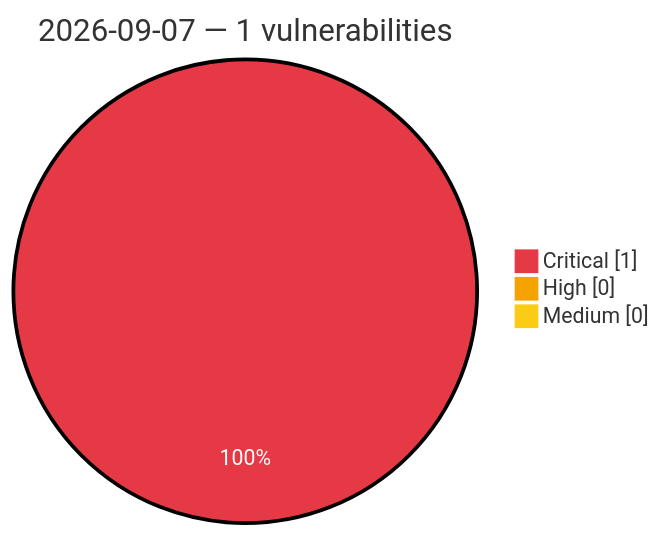
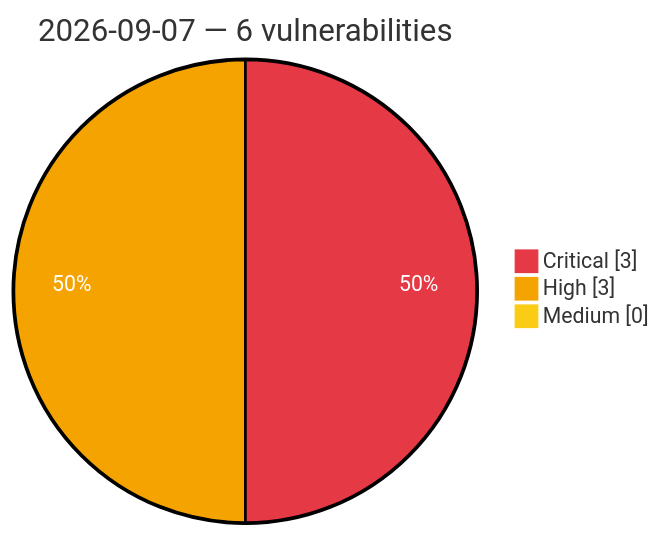
One commit to GhostX0X/vuln-tracker changed the diagram in vulnerabilities/2026/September/2026-09-07.md. Above: the diagram before and after it, drawn with Mermaid. The commit also changed other lines of this file and 5 other files, not shown here.

Commit message:
Auto update: critical/high vulns (2026-09-07 10:16 UTC)

````diff
--- a/vulnerabilities/2026/September/2026-09-07.md
+++ b/vulnerabilities/2026/September/2026-09-07.md
@@ -3,8 +3,8 @@
 ```mermaid
 %%{init: {'theme':'base', 'themeVariables': {'pie1':'#e63946', 'pie2':'#f4a300', 'pie3':'#facc15', 'pieOpacity':'1', 'pieOuterStrokeWidth':'2px', 'pieSectionTextColor':'#ffffff'}}}%%
 pie showData
-    title 2026-09-07 — 1 vulnerabilities
-    "Critical" : 1
-    "High" : 0
+    title 2026-09-07 — 6 vulnerabilities
+    "Critical" : 3
+    "High" : 3
     "Medium" : 0
 ```
````
